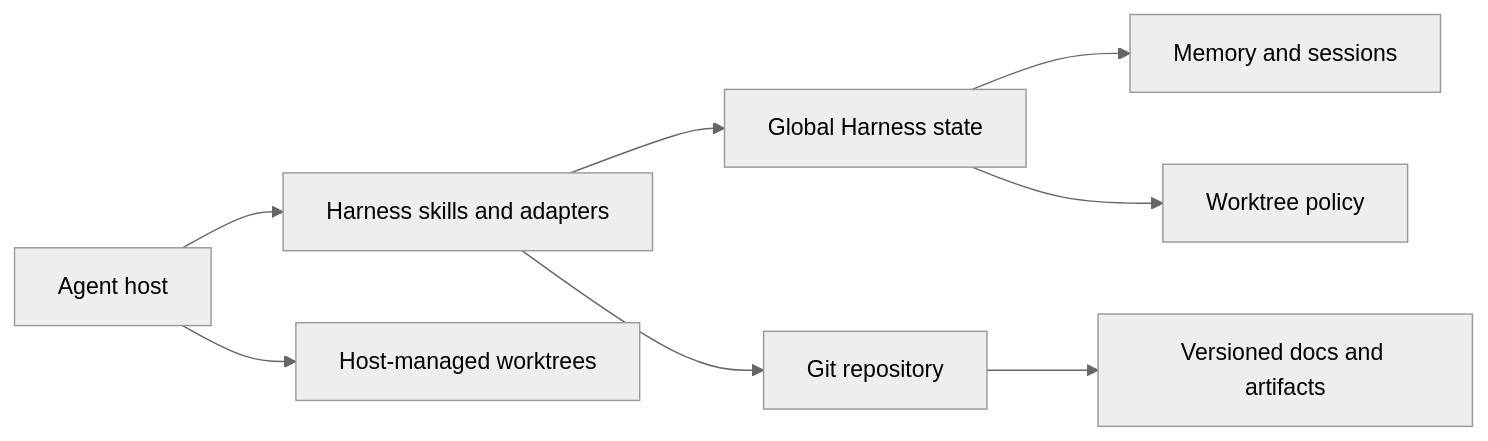
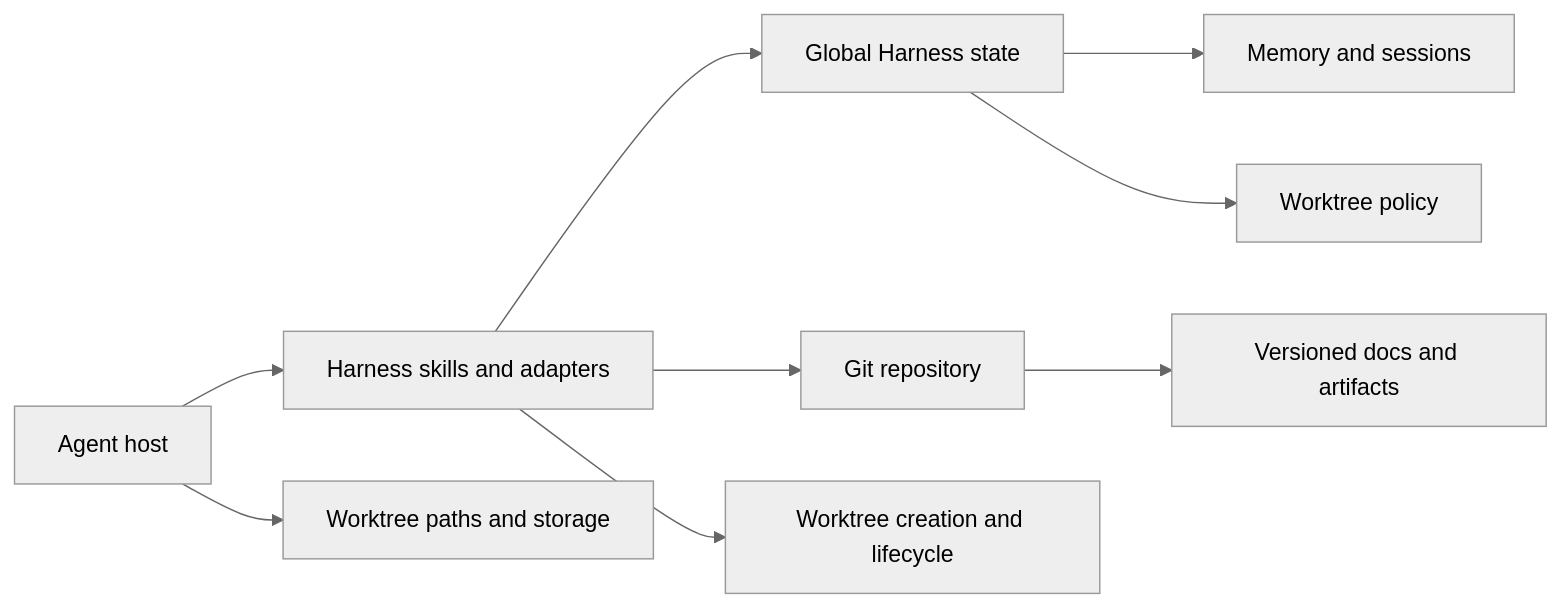
The diagram in docs/architecture.md (cekrauseee/harness), drawn with Mermaid (neutral theme) before and after one commit. The commit also changed other lines of this file and 11 other files, not shown here.

First line of the commit message:
fix(worktree): retain Harness lifecycle control

````diff
--- a/docs/architecture.md
+++ b/docs/architecture.md
@@ -5,10 +5,11 @@
 ```mermaid
 flowchart LR
   Host["Agent host"] --> Skills["Harness skills and adapters"]
   Skills --> State["Global Harness state"]
   Skills --> Git["Git repository"]
   State --> Memory["Memory and sessions"]
   State --> Policy["Worktree policy"]
-  Host --> Worktrees["Host-managed worktrees"]
+  Host --> Storage["Worktree paths and storage"]
+  Skills --> Worktrees["Worktree creation and lifecycle"]
   Git --> Docs["Versioned docs and artifacts"]
 ```
````
